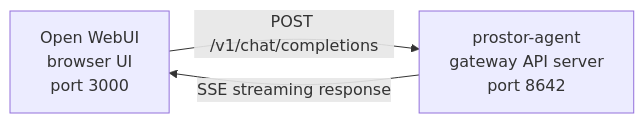
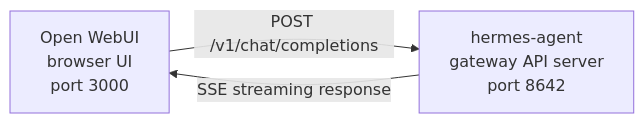
Before and after one commit to maksim9510/Prostor: the diagram in website/docs/user-guide/messaging/open-webui.md, drawn with Mermaid. The commit also changed other lines of this file and 3041 other files, not shown here.

````diff
--- a/website/docs/user-guide/messaging/open-webui.md
+++ b/website/docs/user-guide/messaging/open-webui.md
@@ -13,7 +13,7 @@
 ```mermaid
 flowchart LR
     A["Open WebUI<br/>browser UI<br/>port 3000"]
-    B["prostor-agent<br/>gateway API server<br/>port 8642"]
+    B["hermes-agent<br/>gateway API server<br/>port 8642"]
     A -->|POST /v1/chat/completions| B
     B -->|SSE streaming response| A
 ```
````
